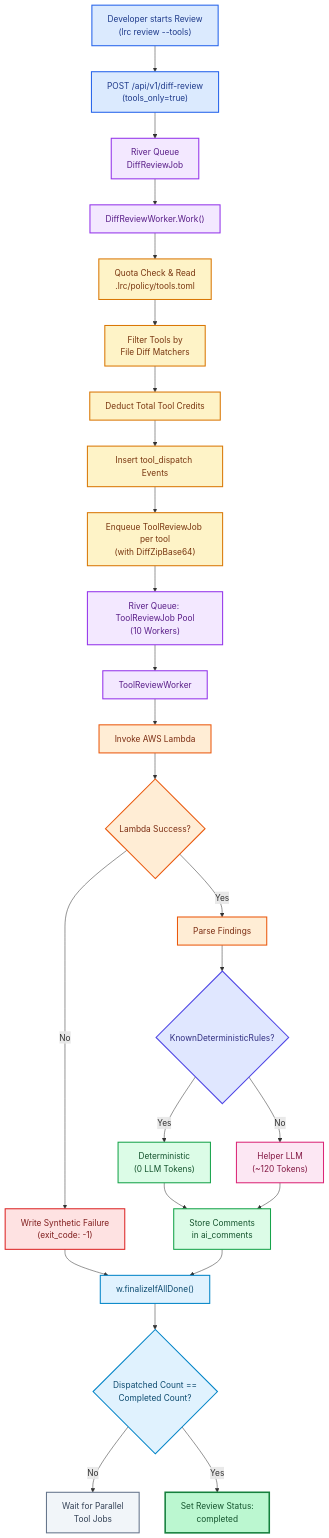
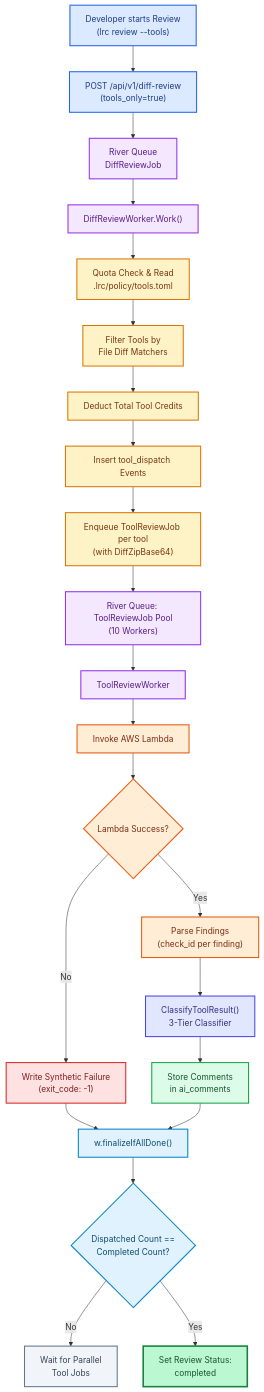
One commit to HexmosTech/LiveReview changed the first of 3 diagrams in docs/tools/tools-integration-beta.md. Above: the diagram before and after it, drawn with Mermaid. The commit also changed other lines of this file, not shown here.

Commit message:
Implement 3-Tier Classification for Static Analysis Findings

````diff
--- a/docs/tools/tools-integration-beta.md
+++ b/docs/tools/tools-integration-beta.md
@@ -30,70 +30,63 @@
 ```mermaid
 flowchart TD
     A["Developer starts Review<br/>(lrc review --tools)"] --> B["POST /api/v1/diff-review<br/>(tools_only=true)"]
     B --> C["River Queue<br/>DiffReviewJob"]
     C --> D["DiffReviewWorker.Work()"]
     
     D --> E["Quota Check & Read<br/>.lrc/policy/tools.toml"]
     E --> F["Filter Tools by<br/>File Diff Matchers"]
     F --> G["Deduct Total Tool Credits"]
     G --> H["Insert tool_dispatch Events"]
     H --> I["Enqueue ToolReviewJob per tool<br/>(with DiffZipBase64)"]
 
     I --> J["River Queue: ToolReviewJob Pool<br/>(10 Workers)"]
     J --> K["ToolReviewWorker"]
     K --> L["Invoke AWS Lambda"]
 
     L --> M{"Lambda Success?"}
     M -->|No| N["Write Synthetic Failure<br/>(exit_code: -1)"]
-    M -->|Yes| O["Parse Findings"]
+    M -->|Yes| O["Parse Findings<br/>(check_id per finding)"]
 
-    O --> P{"KnownDeterministicRules?"}
-    P -->|Yes| Q["Deterministic<br/>(0 LLM Tokens)"]
-    P -->|No| R["Helper LLM<br/>(~120 Tokens)"]
-
-    Q --> S["Store Comments<br/>in ai_comments"]
-    R --> S
+    O --> P["ClassifyToolResult()<br/>3-Tier Classifier"]
+    P --> Q["Store Comments<br/>in ai_comments"]
 
     N --> T["w.finalizeIfAllDone()"]
-    S --> T
+    Q --> T
 
     T --> U{"Dispatched Count ==<br/>Completed Count?"}
     U -->|No| V["Wait for Parallel<br/>Tool Jobs"]
     U -->|Yes| W["Set Review Status:<br/>completed"]
-
 
     %% Developer / API
     style A fill:#dbeafe,stroke:#2563eb,stroke-width:2px,color:#1e3a8a
     style B fill:#dbeafe,stroke:#2563eb,stroke-width:2px,color:#1e3a8a
 
     %% Queue / Worker
     style C fill:#f3e8ff,stroke:#9333ea,stroke-width:2px,color:#581c87
     style D fill:#f3e8ff,stroke:#9333ea,stroke-width:2px,color:#581c87
     style J fill:#f3e8ff,stroke:#9333ea,stroke-width:2px,color:#581c87
     style K fill:#f3e8ff,stroke:#9333ea,stroke-width:2px,color:#581c87
 
     %% Configuration / Credit
     style E fill:#fef3c7,stroke:#d97706,stroke-width:2px,color:#78350f
     style F fill:#fef3c7,stroke:#d97706,stroke-width:2px,color:#78350f
     style G fill:#fef3c7,stroke:#d97706,stroke-width:2px,color:#78350f
     style H fill:#fef3c7,stroke:#d97706,stroke-width:2px,color:#78350f
     style I fill:#fef3c7,stroke:#d97706,stroke-width:2px,color:#78350f
 
     %% AWS
     style L fill:#ffedd5,stroke:#ea580c,stroke-width:2px,color:#7c2d12
     style M fill:#ffedd5,stroke:#ea580c,stroke-width:2px,color:#7c2d12
     style N fill:#fee2e2,stroke:#dc2626,stroke-width:2px,color:#7f1d1d
     style O fill:#ffedd5,stroke:#ea580c,stroke-width:2px,color:#7c2d12
 
     %% Classification
     style P fill:#e0e7ff,stroke:#4f46e5,stroke-width:2px,color:#312e81
     style Q fill:#dcfce7,stroke:#16a34a,stroke-width:2px,color:#14532d
-    style R fill:#fce7f3,stroke:#db2777,stroke-width:2px,color:#831843
-    style S fill:#dcfce7,stroke:#16a34a,stroke-width:2px,color:#14532d
 
     %% Finalization
     style T fill:#e0f2fe,stroke:#0284c7,stroke-width:2px,color:#0c4a6e
     style U fill:#e0f2fe,stroke:#0284c7,stroke-width:2px,color:#0c4a6e
     style V fill:#f1f5f9,stroke:#64748b,stroke-width:2px,color:#334155
     style W fill:#bbf7d0,stroke:#15803d,stroke-width:3px,color:#14532d
 ```
````
